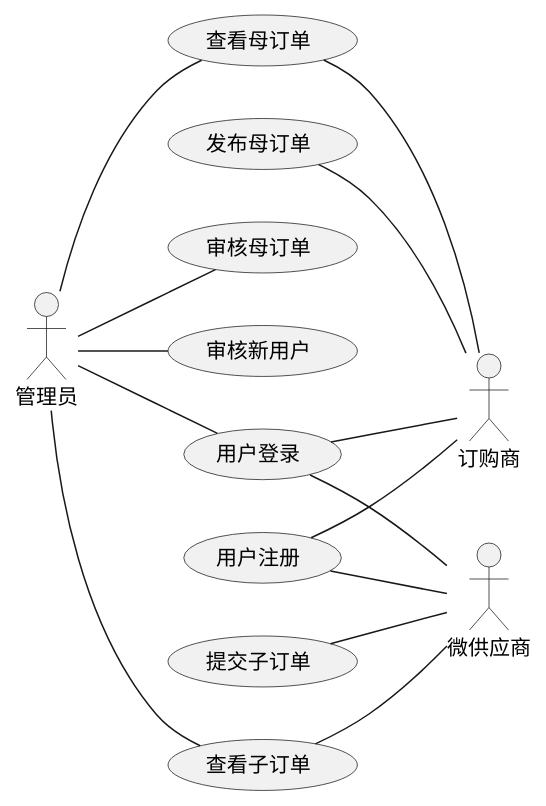
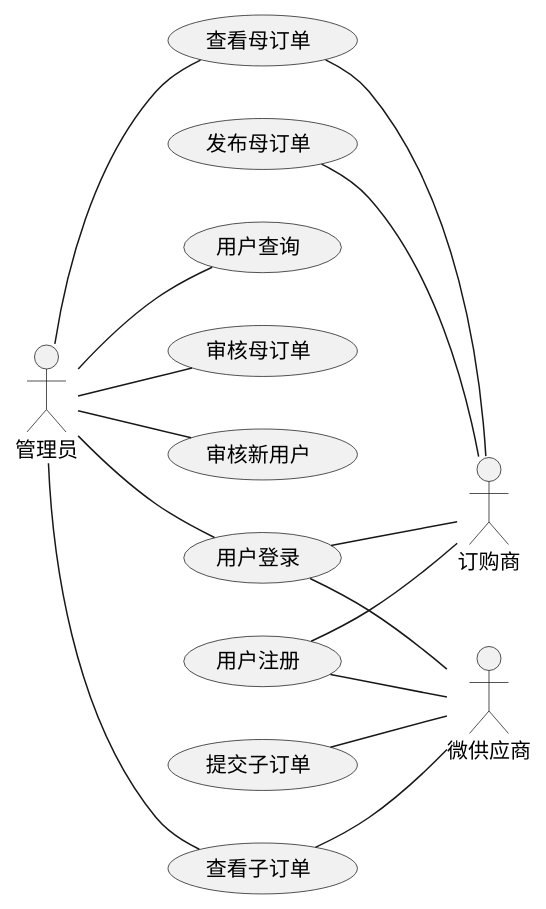
One commit to wwyf/Waterfall changed the diagram in report/misc/figure_src/uc_main_2.puml. Above: the diagram before and after it, drawn with PlantUML. The commit also changed 40 other files, not shown here.

```diff
--- a/report/misc/figure_src/uc_main_2.puml
+++ b/report/misc/figure_src/uc_main_2.puml
@@ -1,36 +1,37 @@
 @startuml
 
 ''' 布局信息
 left to right direction
 
 ''' 以下部分描述了各个角色
 :微供应商: as MiniProvider
 :订购商: as Client
 :管理员: as Admin
 ' :授信系统: as CreditSys
 ' :资金系统: as FundSys
 
 ''' 以下部分描述了各个用例
 ''' 注意由于使用了从左到右布局, 故连线方向up down等需旋转90度
 
 MiniProvider -up- (用户登录)
 MiniProvider -up- (用户注册)
 MiniProvider -up- (查看子订单)
 MiniProvider -up- (提交子订单)
 
 Client -up- (用户登录)
 Client -up- (用户注册)
 Client -up- (发布母订单)
 Client -up- (查看母订单)
 
 together {
+	Admin -- (用户查询)
     Admin -- (用户登录)
     Admin -- (查看子订单)
     Admin -- (查看母订单)
     Admin -- (审核母订单)
     Admin -- (审核新用户)
 }
 
 ''' 用于控制布局的连线, 不显示
 
 @enduml
```
